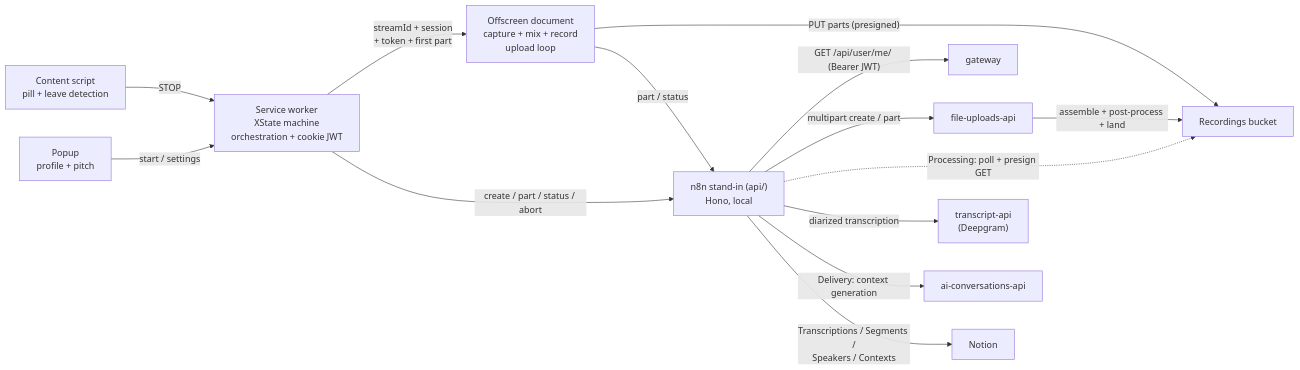
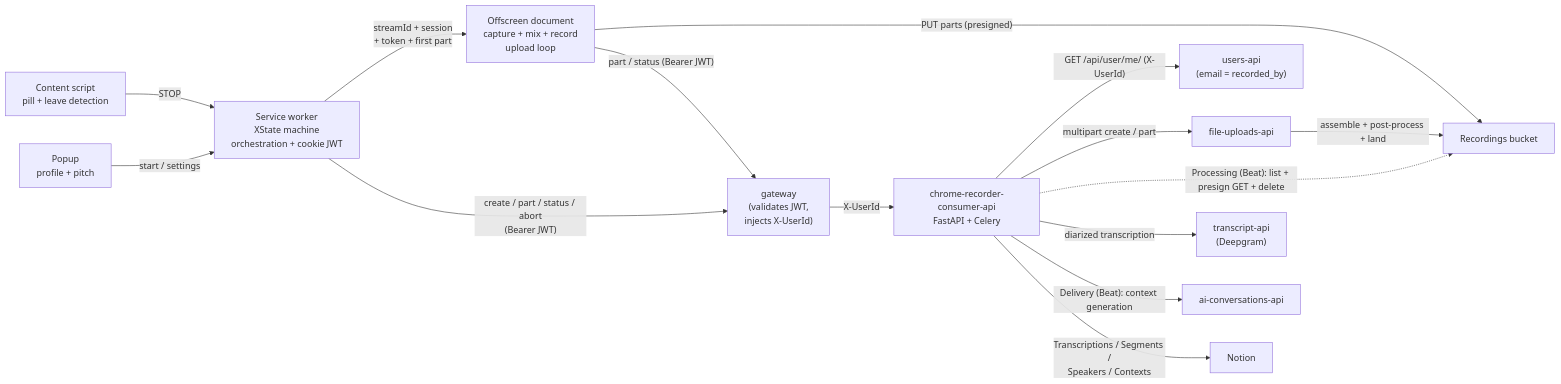
One commit to filadd/chrome-recorder changed the first of 2 diagrams in spec.md. Above: the diagram before and after it, drawn with Mermaid. The commit also changed other lines of this file and 2 other files, not shown here.

First line of the commit message:
docs: point docs at chrome-recorder-consumer-api

````diff
--- a/spec.md
+++ b/spec.md
@@ -39,16 +37,17 @@
 ```mermaid
 flowchart LR
     CS["Content script<br/>pill + leave detection"] -->|"STOP"| SW["Service worker<br/>XState machine<br/>orchestration + cookie JWT"]
     P["Popup<br/>profile + pitch"] -->|"start / settings"| SW
     SW -->|"streamId + session<br/>+ token + first part"| OFF["Offscreen document<br/>capture + mix + record<br/>upload loop"]
-    SW -->|"create / part / status / abort"| API["n8n stand-in (api/)<br/>Hono, local"]
+    SW -->|"create / part / status / abort<br/>(Bearer JWT)"| GW["gateway<br/>(validates JWT,<br/>injects X-UserId)"]
     OFF -->|"PUT parts (presigned)"| S3["Recordings bucket"]
-    OFF -->|"part / status"| API
-    API -->|"GET /api/user/me/ (Bearer JWT)"| GW["gateway"]
+    OFF -->|"part / status (Bearer JWT)"| GW
+    GW -->|"X-UserId"| API["chrome-recorder-consumer-api<br/>FastAPI + Celery"]
+    API -->|"GET /api/user/me/ (X-UserId)"| USERS["users-api<br/>(email = recorded_by)"]
     API -->|"multipart create / part"| FU["file-uploads-api"]
     FU -->|"assemble + post-process + land"| S3
-    API -.->|"Processing: poll + presign GET"| S3
+    API -.->|"Processing (Beat): list + presign GET + delete"| S3
     API -->|"diarized transcription"| TR["transcript-api<br/>(Deepgram)"]
-    API -->|"Delivery: context generation"| AIC["ai-conversations-api"]
+    API -->|"Delivery (Beat): context generation"| AIC["ai-conversations-api"]
     API -->|"Transcriptions / Segments /<br/>Speakers / Contexts"| NOTION["Notion"]
 ```
````
